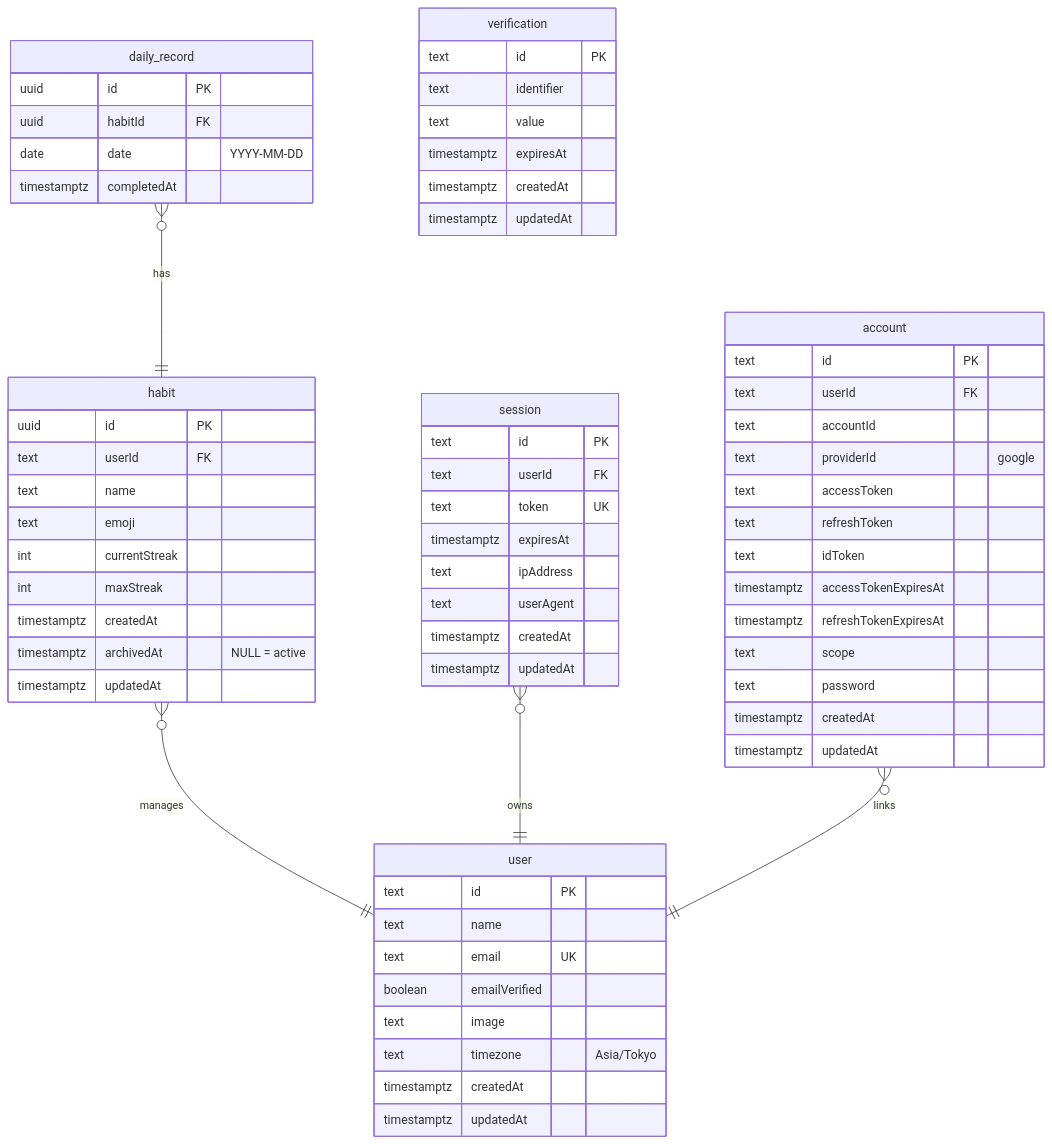
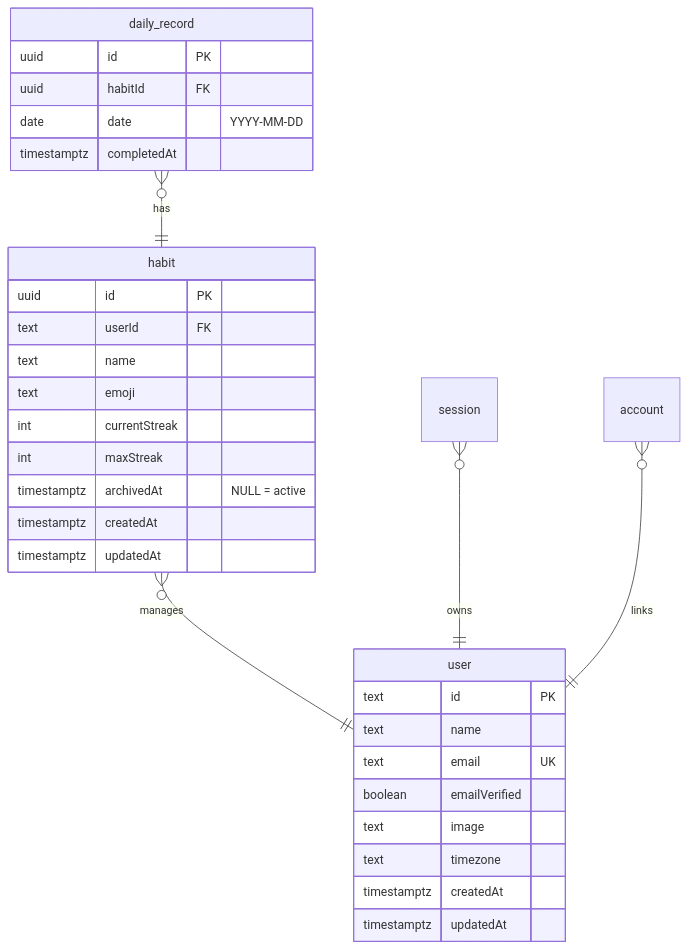
The diagram in docs/db.md (devegoma/dailygreen), drawn with Mermaid before and after one commit. The commit also changed other lines of this file, not shown here.

````diff
--- a/docs/db.md
+++ b/docs/db.md
@@ -21,76 +25,37 @@
 ```mermaid
 erDiagram
-    direction TB
     daily_record }o--|| habit : "has"
     habit }o--|| user : "manages"
     session }o--|| user : "owns"
     account }o--|| user : "links"
-
-    daily_record {
-        uuid id PK
-        uuid habitId FK
-        date date "YYYY-MM-DD"
-        timestamptz completedAt
-        %% UK: habitId と date の複合ユニーク制約
-    }
 
     habit {
         uuid id PK
         text userId FK
         text name
         text emoji
         int currentStreak
         int maxStreak
+        timestamptz archivedAt "NULL = active"
         timestamptz createdAt
-        timestamptz archivedAt "NULL = active"
         timestamptz updatedAt
+    }
+
+    daily_record {
+        uuid id PK
+        uuid habitId FK
+        date date "YYYY-MM-DD"
+        timestamptz completedAt
     }
 
     user {
         text id PK
         text name
         text email UK
         boolean emailVerified
         text image
-        text timezone "Asia/Tokyo"
+        text timezone
         timestamptz createdAt
         timestamptz updatedAt
     }
-
-    session {
-        text id PK
-        text userId FK
-        text token UK
-        timestamptz expiresAt
-        text ipAddress
-        text userAgent
-        timestamptz createdAt
-        timestamptz updatedAt
-    }
-
-    account {
-        text id PK
-        text userId FK
-        text accountId
-        text providerId "google"
-        text accessToken
-        text refreshToken
-        text idToken
-        timestamptz accessTokenExpiresAt
-        timestamptz refreshTokenExpiresAt
-        text scope
-        text password
-        timestamptz createdAt
-        timestamptz updatedAt
-    }
-
-    verification {
-        text id PK
-        text identifier
-        text value
-        timestamptz expiresAt
-        timestamptz createdAt
-        timestamptz updatedAt
-    }
-
 ```
````
